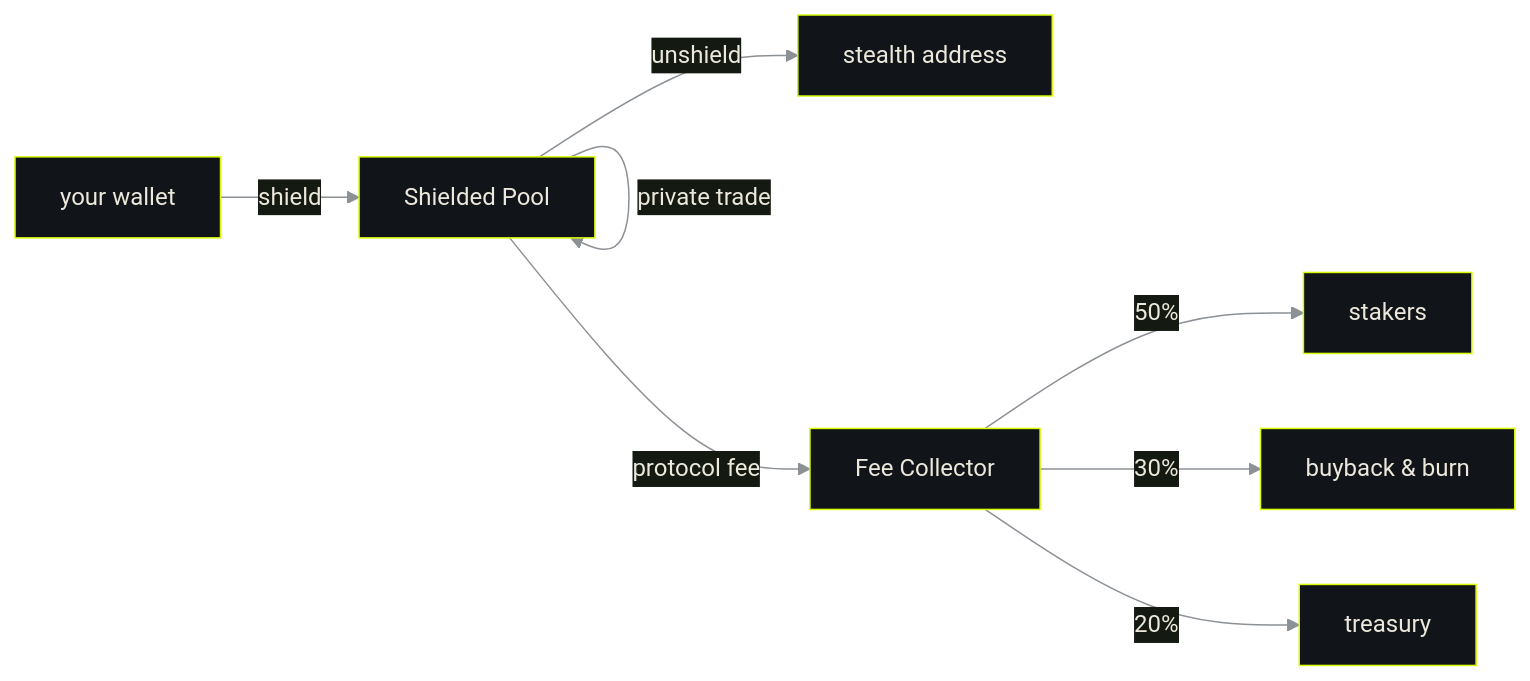
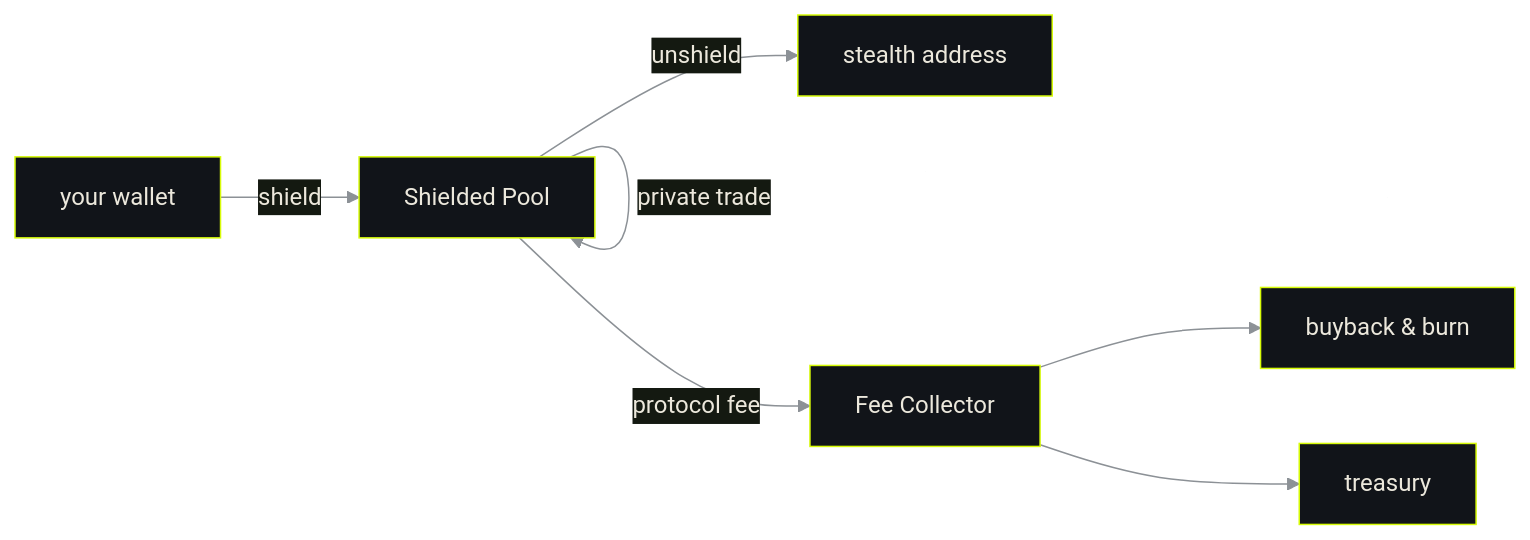
Before and after one commit to Cowl-Protocol/cli: the second of 2 diagrams in README.md, drawn with Mermaid. The commit also changed other lines of this file and 4 other files, not shown here.

````diff
--- a/README.md
+++ b/README.md
@@ -502,11 +496,10 @@
 ```mermaid
 %%{init: {'theme':'base','themeVariables':{'primaryColor':'#111419','primaryTextColor':'#ece8dc','primaryBorderColor':'#d7fb08','lineColor':'#8c9196','clusterBkg':'#1a1012','clusterBorder':'#4a2124','fontFamily':'monospace'}}}%%
 flowchart LR
   W["your wallet"] -->|shield| POOL["Shielded Pool"]
   POOL -->|private trade| POOL
   POOL -->|unshield| OUT["stealth address"]
   POOL -->|protocol fee| FC["Fee Collector"]
-  FC -->|50%| STK["stakers"]
-  FC -->|30%| BURN["buyback & burn"]
-  FC -->|20%| TRE["treasury"]
+  FC --> BURN["buyback & burn"]
+  FC --> TRE["treasury"]
 ```
````
